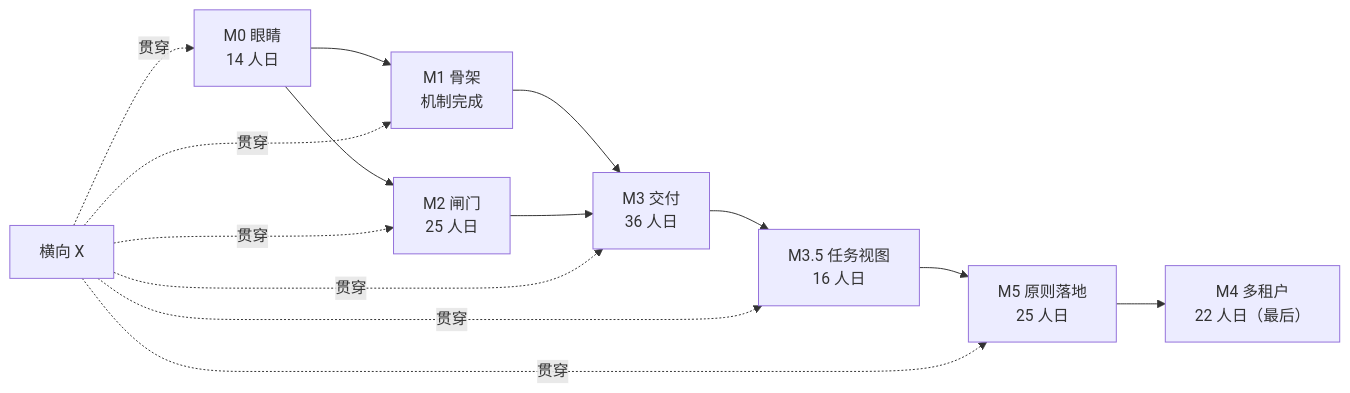
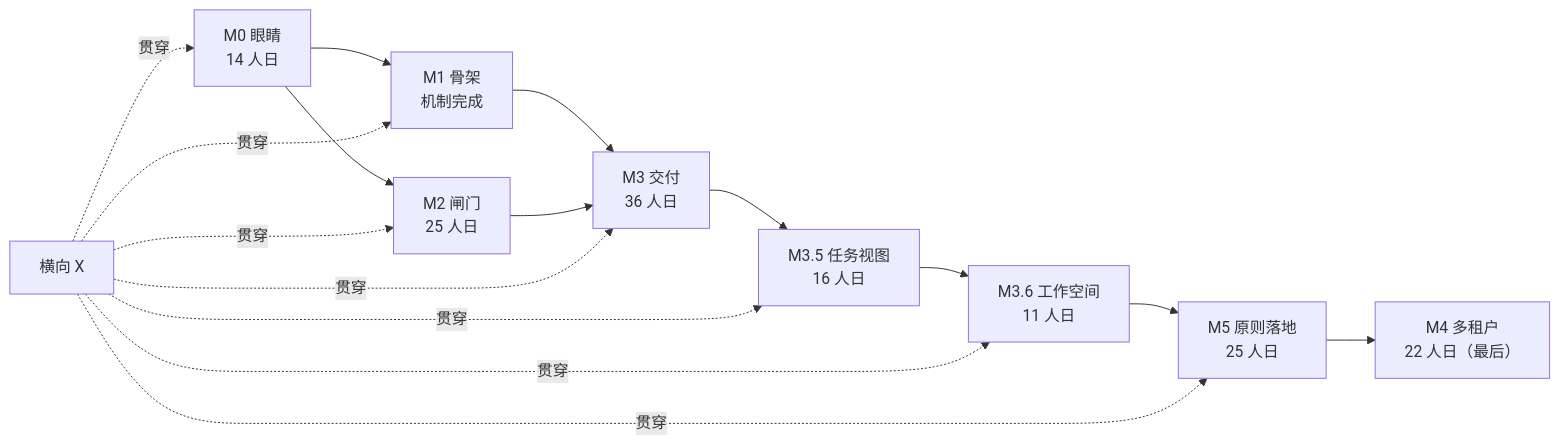
One commit to touch-agent/dsh-superagent changed the diagram in docs/plan/TASK-PLAN.zh.md. Above: the diagram before and after it, drawn with Mermaid. The commit also changed other lines of this file and 3 other files, not shown here.

````diff
--- a/docs/plan/TASK-PLAN.zh.md
+++ b/docs/plan/TASK-PLAN.zh.md
@@ -160,11 +161,12 @@
 ```mermaid
 graph LR
   M0["M0 眼睛<br/>14 人日"] --> M1["M1 骨架<br/>机制完成"]
   M0 --> M2["M2 闸门<br/>25 人日"]
   M1 --> M3["M3 交付<br/>36 人日"]
   M2 --> M3
   M3 --> M35["M3.5 任务视图<br/>16 人日"]
-  M35 --> M5["M5 原则落地<br/>25 人日"]
+  M35 --> M36["M3.6 工作空间<br/>11 人日"]
+  M36 --> M5["M5 原则落地<br/>25 人日"]
   M5 --> M4["M4 多租户<br/>22 人日（最后）"]
-  X["横向 X"] -.贯穿.-> M0 & M1 & M2 & M3 & M35 & M5
+  X["横向 X"] -.贯穿.-> M0 & M1 & M2 & M3 & M35 & M36 & M5
 ```
````
